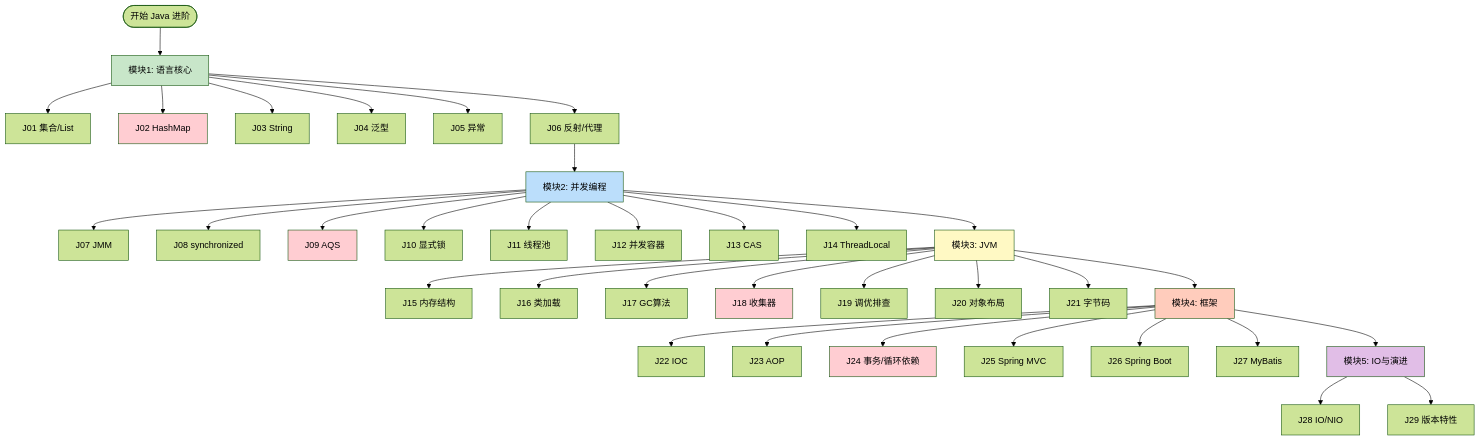
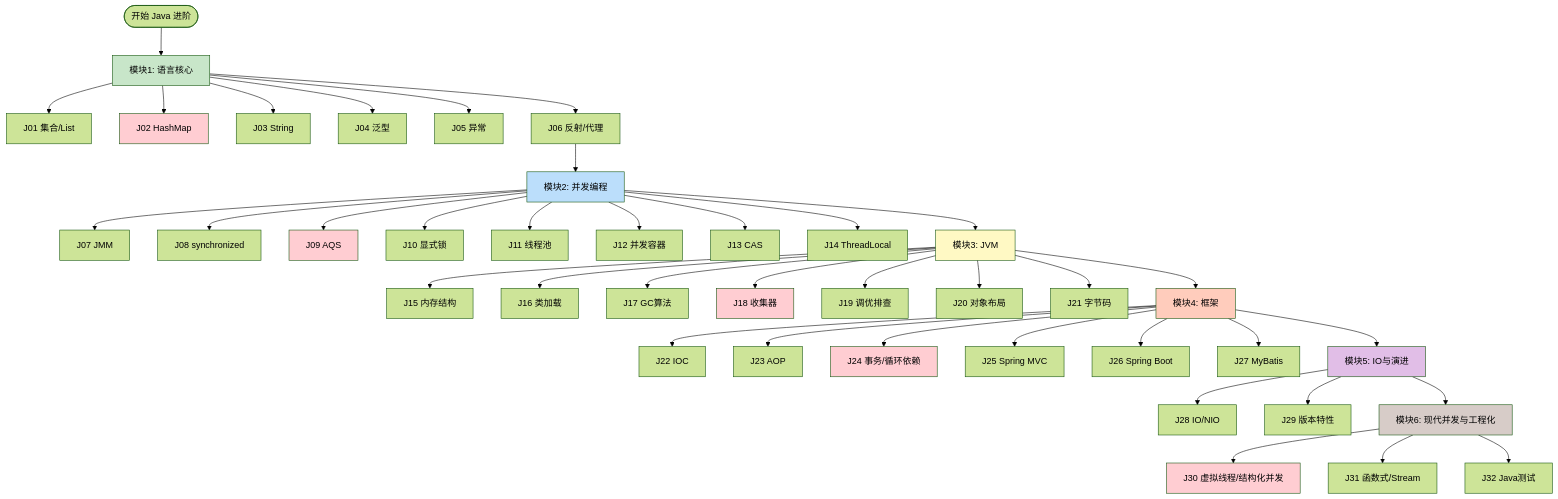
One commit to Kirby980/backend-handbook changed the first of 10 diagrams in java/ROADMAP.md. Above: the diagram before and after it, drawn with Mermaid (forest theme). The commit also changed other lines of this file and 18 other files, not shown here.

````diff
--- a/java/ROADMAP.md
+++ b/java/ROADMAP.md
@@ -11,51 +11,58 @@
 ```mermaid
 graph TD
     Start([开始 Java 进阶]) --> M1[模块1: 语言核心]
     M1 --> J01[J01 集合/List]
     M1 --> J02[J02 HashMap]
     M1 --> J03[J03 String]
     M1 --> J04[J04 泛型]
     M1 --> J05[J05 异常]
     M1 --> J06[J06 反射/代理]
 
     J06 --> M2[模块2: 并发编程]
     M2 --> J07[J07 JMM]
     M2 --> J08[J08 synchronized]
     M2 --> J09[J09 AQS]
     M2 --> J10[J10 显式锁]
     M2 --> J11[J11 线程池]
     M2 --> J12[J12 并发容器]
     M2 --> J13[J13 CAS]
     M2 --> J14[J14 ThreadLocal]
 
     M2 --> M3[模块3: JVM]
     M3 --> J15[J15 内存结构]
     M3 --> J16[J16 类加载]
     M3 --> J17[J17 GC算法]
     M3 --> J18[J18 收集器]
     M3 --> J19[J19 调优排查]
     M3 --> J20[J20 对象布局]
     M3 --> J21[J21 字节码]
 
     M3 --> M4[模块4: 框架]
     M4 --> J22[J22 IOC]
     M4 --> J23[J23 AOP]
     M4 --> J24[J24 事务/循环依赖]
     M4 --> J25[J25 Spring MVC]
     M4 --> J26[J26 Spring Boot]
     M4 --> J27[J27 MyBatis]
 
     M4 --> M5[模块5: IO与演进]
     M5 --> J28[J28 IO/NIO]
     M5 --> J29[J29 版本特性]
 
+    M5 --> M6[模块6: 现代并发与工程化]
+    M6 --> J30[J30 虚拟线程/结构化并发]
+    M6 --> J31[J31 函数式/Stream]
+    M6 --> J32[J32 Java测试]
+
     style M1 fill:#c8e6c9
     style M2 fill:#bbdefb
     style M3 fill:#fff9c4
     style M4 fill:#ffccbc
     style M5 fill:#e1bee7
+    style M6 fill:#d7ccc8
     style J02 fill:#ffcdd2
     style J09 fill:#ffcdd2
     style J18 fill:#ffcdd2
     style J24 fill:#ffcdd2
+    style J30 fill:#ffcdd2
 ```
````
